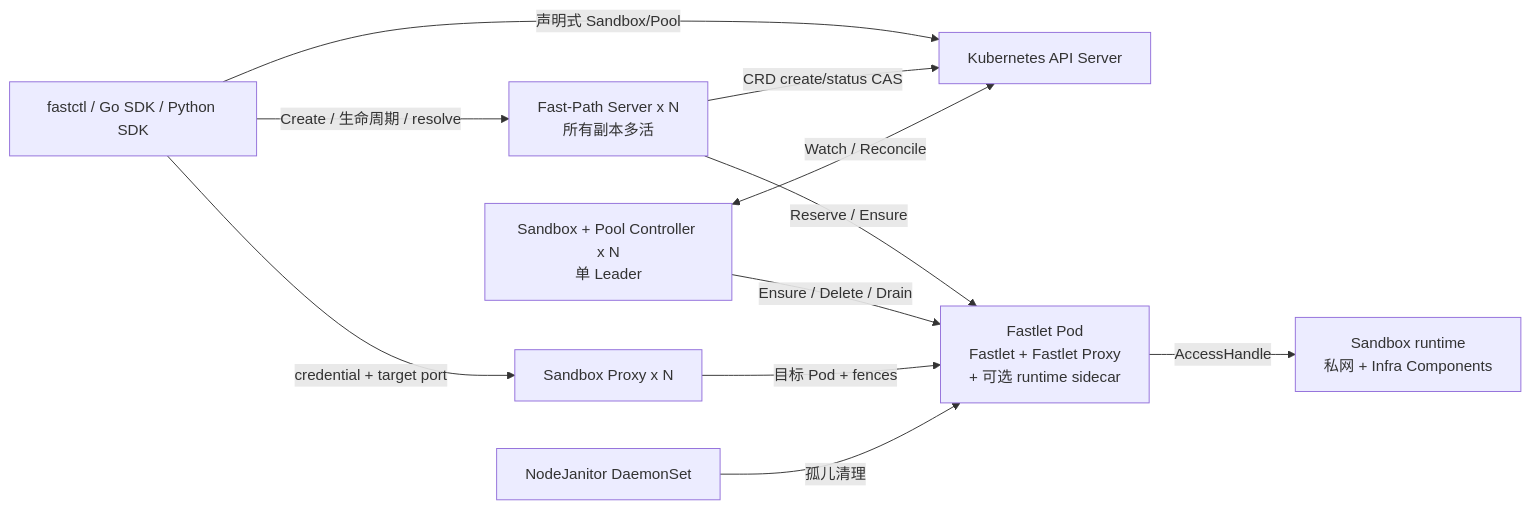
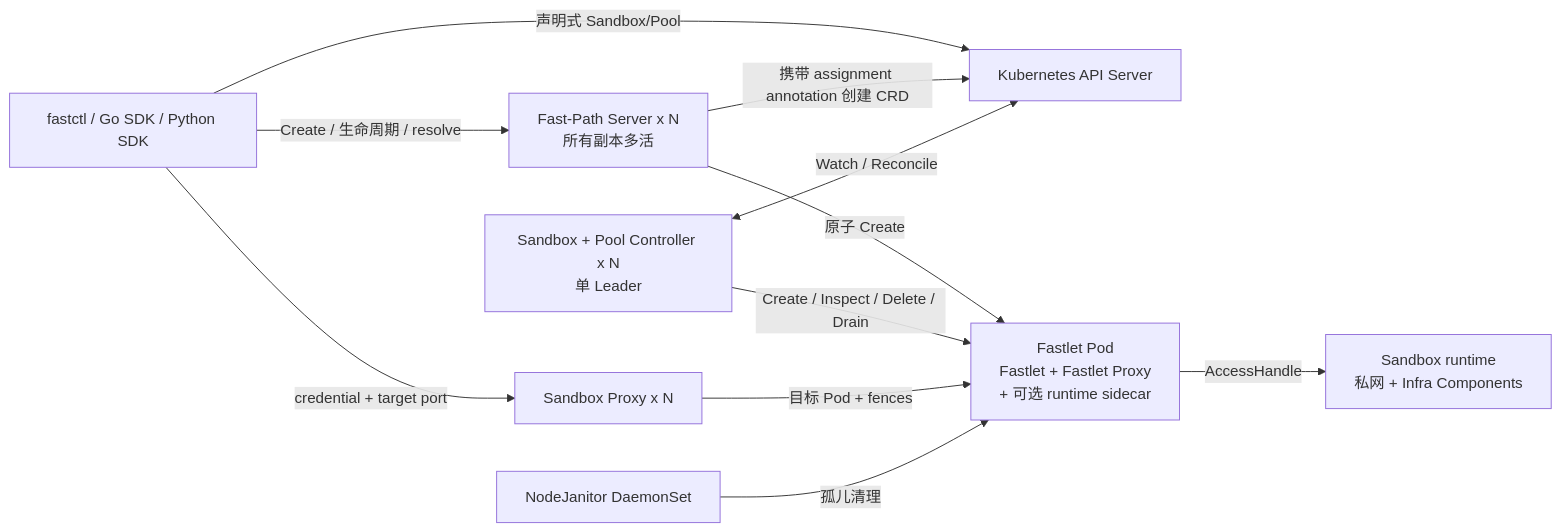
One commit to opensandbox-group/fast-sandbox changed the first of 2 diagrams in ARCHITECTURE_ZH.md. Above: the diagram before and after it, drawn with Mermaid. The commit also changed other lines of this file and 89 other files, not shown here.

````diff
--- a/ARCHITECTURE_ZH.md
+++ b/ARCHITECTURE_ZH.md
@@ -21,22 +21,22 @@
 ```mermaid
 flowchart LR
   Client["fastctl / Go SDK / Python SDK"]
   API["Kubernetes API Server"]
   FP["Fast-Path Server x N<br/>所有副本多活"]
   Controller["Sandbox + Pool Controller x N<br/>单 Leader"]
   SP["Sandbox Proxy x N"]
   FPOD["Fastlet Pod<br/>Fastlet + Fastlet Proxy<br/>+ 可选 runtime sidecar"]
   SB["Sandbox runtime<br/>私网 + Infra Components"]
   Janitor["NodeJanitor DaemonSet"]
 
   Client -->|"Create / 生命周期 / resolve"| FP
   Client -->|"声明式 Sandbox/Pool"| API
-  FP -->|"CRD create/status CAS"| API
+  FP -->|"携带 assignment annotation 创建 CRD"| API
   Controller <-->|"Watch / Reconcile"| API
-  FP -->|"Reserve / Ensure"| FPOD
-  Controller -->|"Ensure / Delete / Drain"| FPOD
+  FP -->|"原子 Create"| FPOD
+  Controller -->|"Create / Inspect / Delete / Drain"| FPOD
   Client -->|"credential + target port"| SP
   SP -->|"目标 Pod + fences"| FPOD
   FPOD -->|"AccessHandle"| SB
   Janitor -->|"孤儿清理"| FPOD
 ```
````
